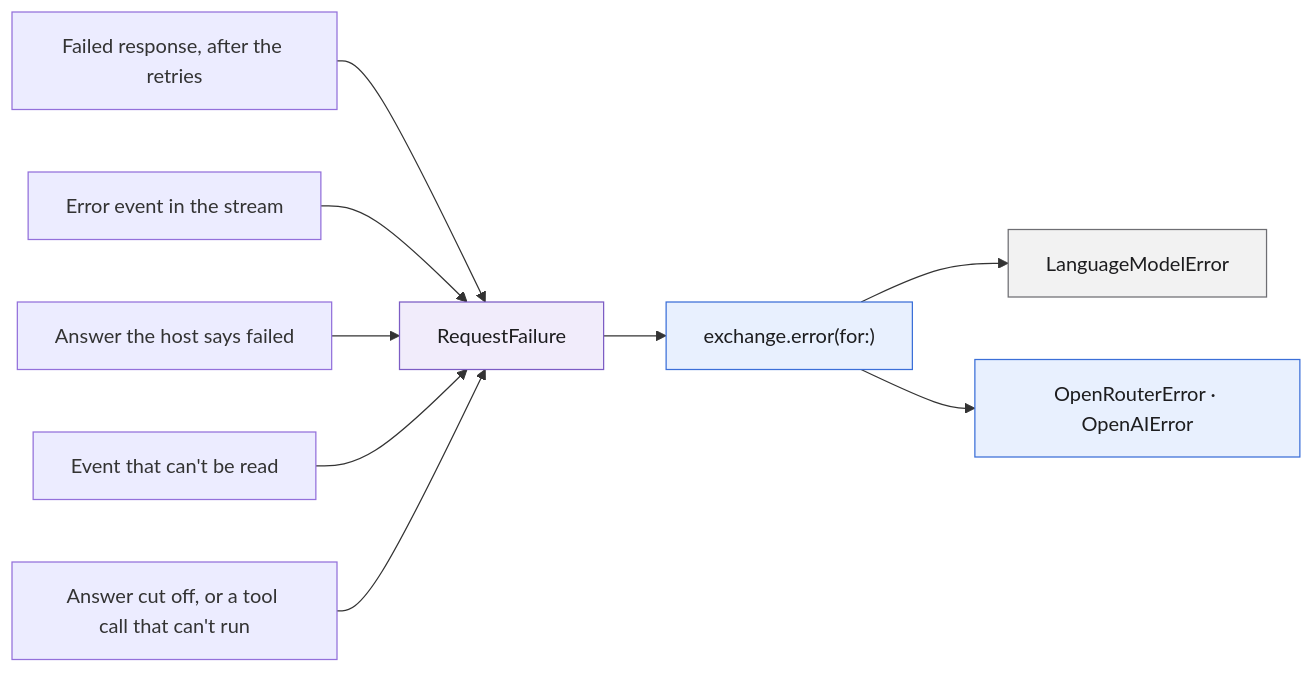
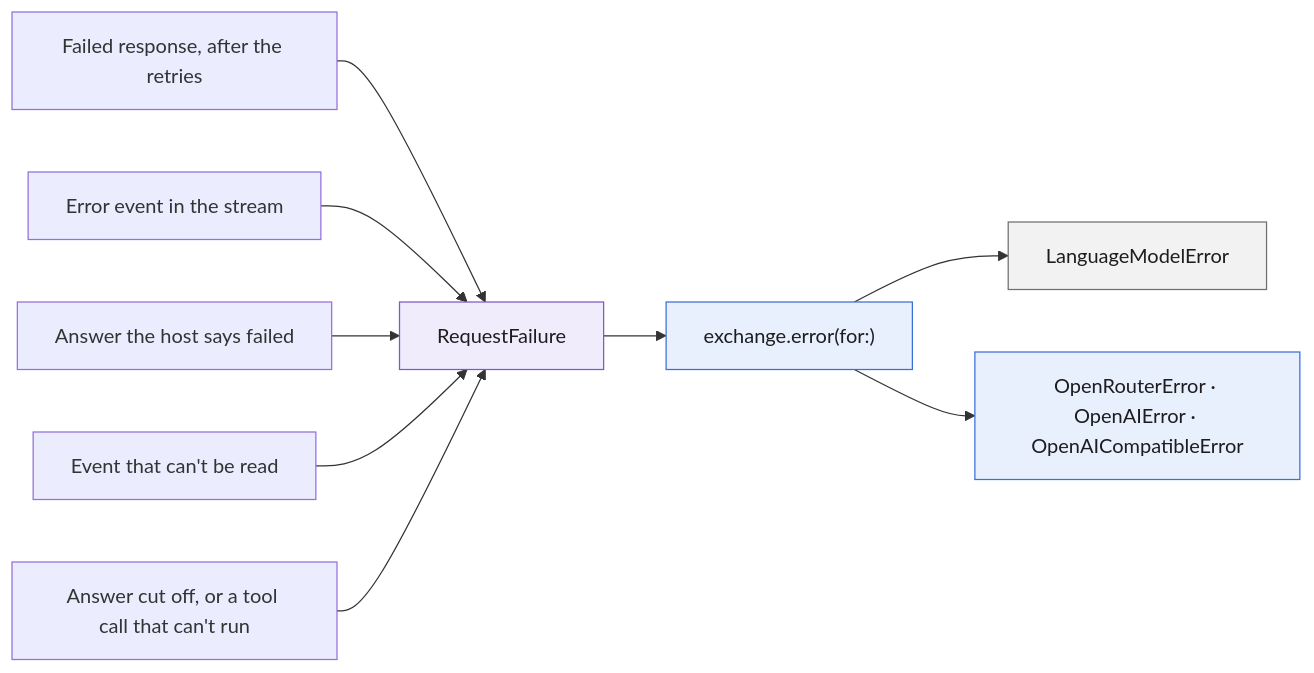
Before and after one commit to ironsparrows/swift-language-models: the fourth of 6 diagrams in ARCHITECTURE.md, drawn with Mermaid. The commit also changed other lines of this file and 38 other files, not shown here.

````diff
--- a/ARCHITECTURE.md
+++ b/ARCHITECTURE.md
@@ -235,15 +238,15 @@
 ```mermaid
 flowchart LR
     rejected["Failed response, after the retries"] --> failure
     event["Error event in the stream"] --> failure
     failed["Answer the host says failed"] --> failure
     unreadable["Event that can't be read"] --> failure
     unusable["Answer cut off, or a tool call that can't run"] --> failure
     failure["RequestFailure"]:::package --> map["exchange.error(for:)"]:::provider
     map --> foundation["LanguageModelError"]:::apple
-    map --> own["OpenRouterError · OpenAIError"]:::provider
+    map --> own["OpenRouterError · OpenAIError · OpenAICompatibleError"]:::provider
 
     classDef package fill:#f1ecfb,stroke:#7c5cc4,color:#1d1d1f
     classDef provider fill:#e8f0fe,stroke:#3b6fd8,color:#1d1d1f
     classDef apple fill:#f2f2f2,stroke:#6e6e73,color:#1d1d1f
 ```
````
